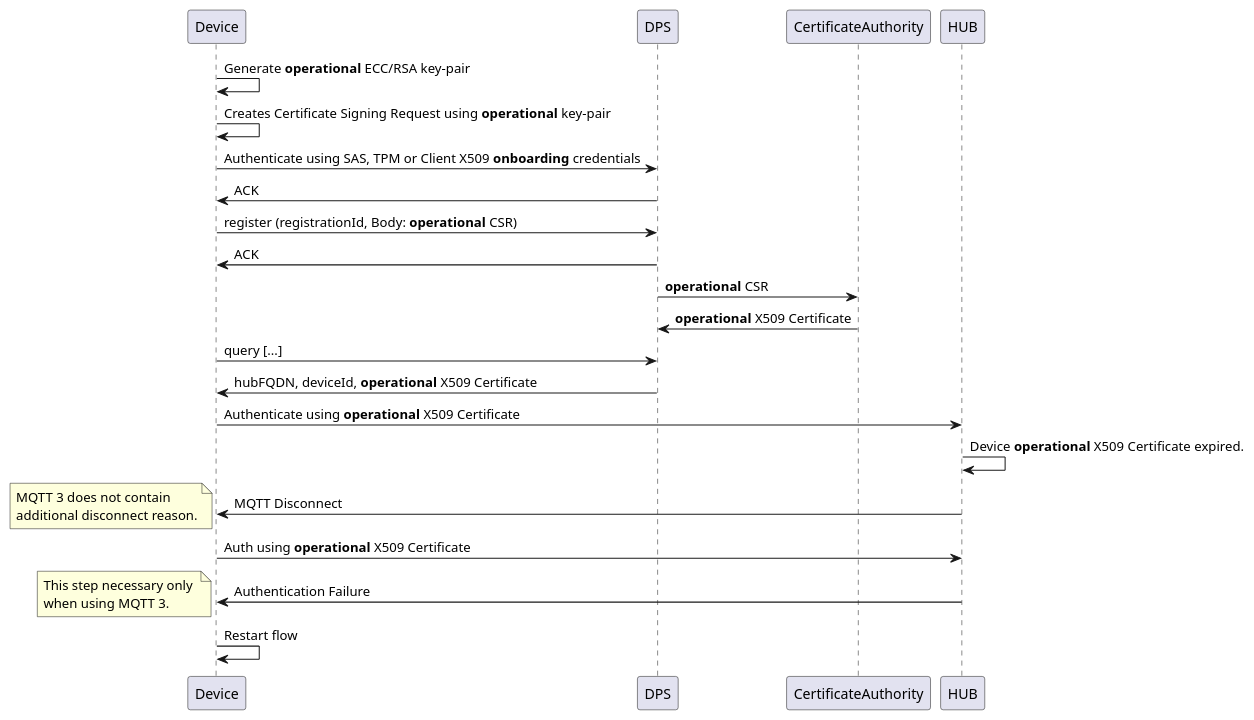
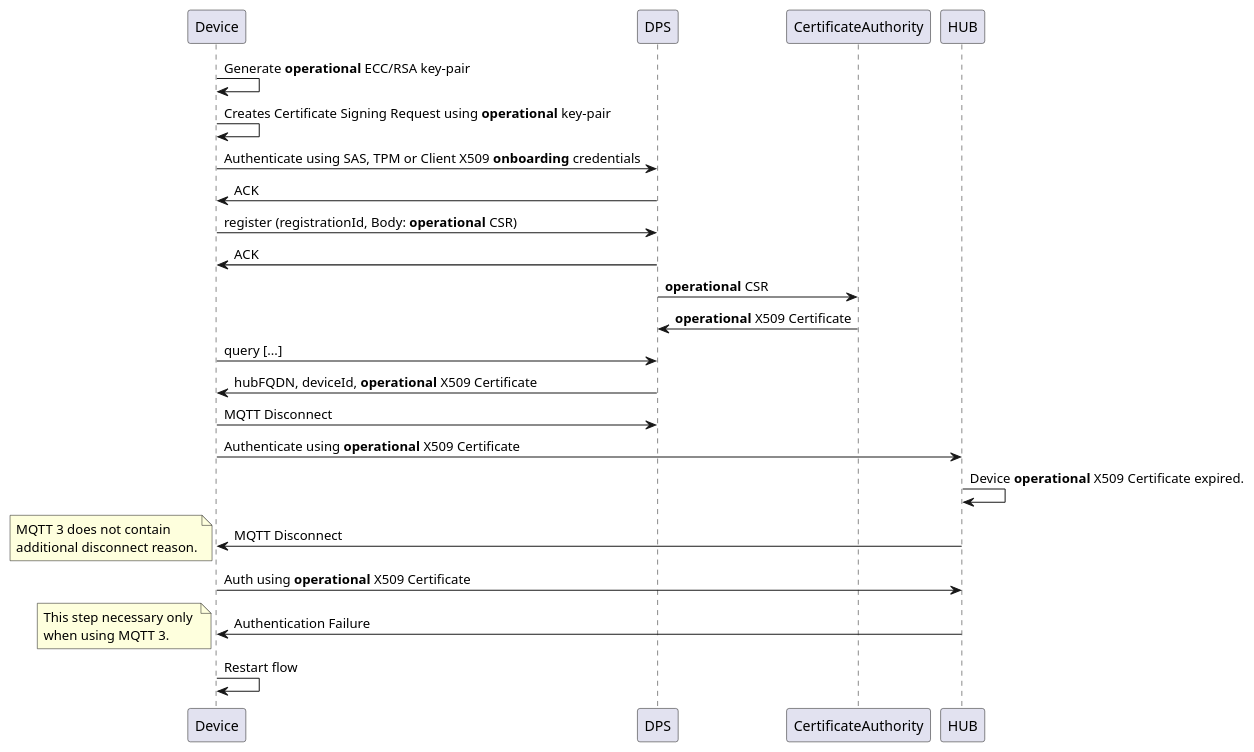
Before and after one commit to Azure/azure-sdk-for-c: the diagram in sdk/docs/iot/resources/csr.puml, drawn with PlantUML. The commit also changed 1 other file, not shown here.

```diff
--- a/sdk/docs/iot/resources/csr.puml
+++ b/sdk/docs/iot/resources/csr.puml
@@ -1,27 +1,28 @@
 @startuml dpsCSR
 Device -> Device: Generate **operational** ECC/RSA key-pair
 Device -> Device: Creates Certificate Signing Request using **operational** key-pair
 Device -> DPS: Authenticate using SAS, TPM or Client X509 **onboarding** credentials
 DPS -> Device: ACK
 Device -> DPS: register (registrationId, Body: **operational** CSR)
 DPS -> Device: ACK
 DPS -> CertificateAuthority: **operational** CSR
 DPS <- CertificateAuthority: **operational** X509 Certificate
 Device -> DPS: query [...]
 DPS -> Device: hubFQDN, deviceId, **operational** X509 Certificate
+DPS <- Device: MQTT Disconnect
 Device -> HUB: Authenticate using **operational** X509 Certificate
 HUB->HUB: Device **operational** X509 Certificate expired.
 Device <- HUB: MQTT Disconnect
 note left
   MQTT 3 does not contain 
   additional disconnect reason.
 end note
 Device -> HUB: Auth using **operational** X509 Certificate
 Device <- HUB: Authentication Failure
 note left
   This step necessary only 
   when using MQTT 3.
 end note
 Device -> Device: Restart flow
 
 @enduml
```
